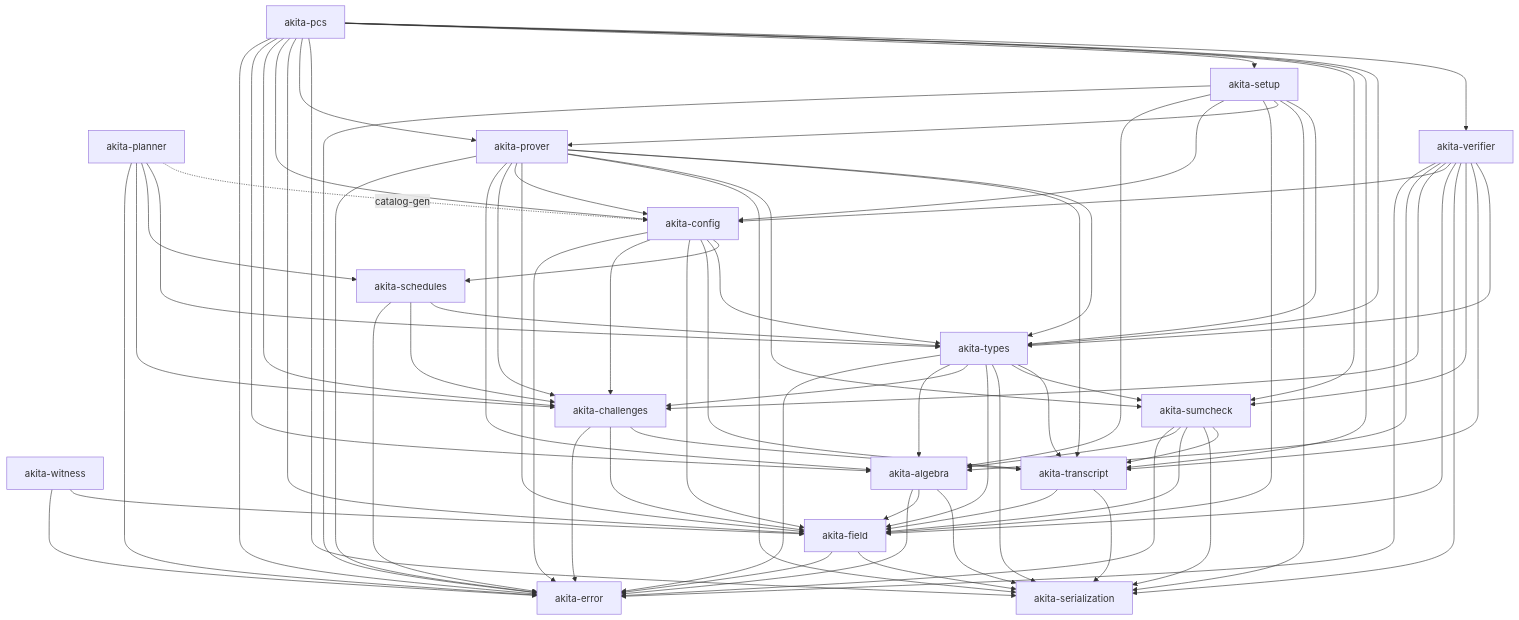
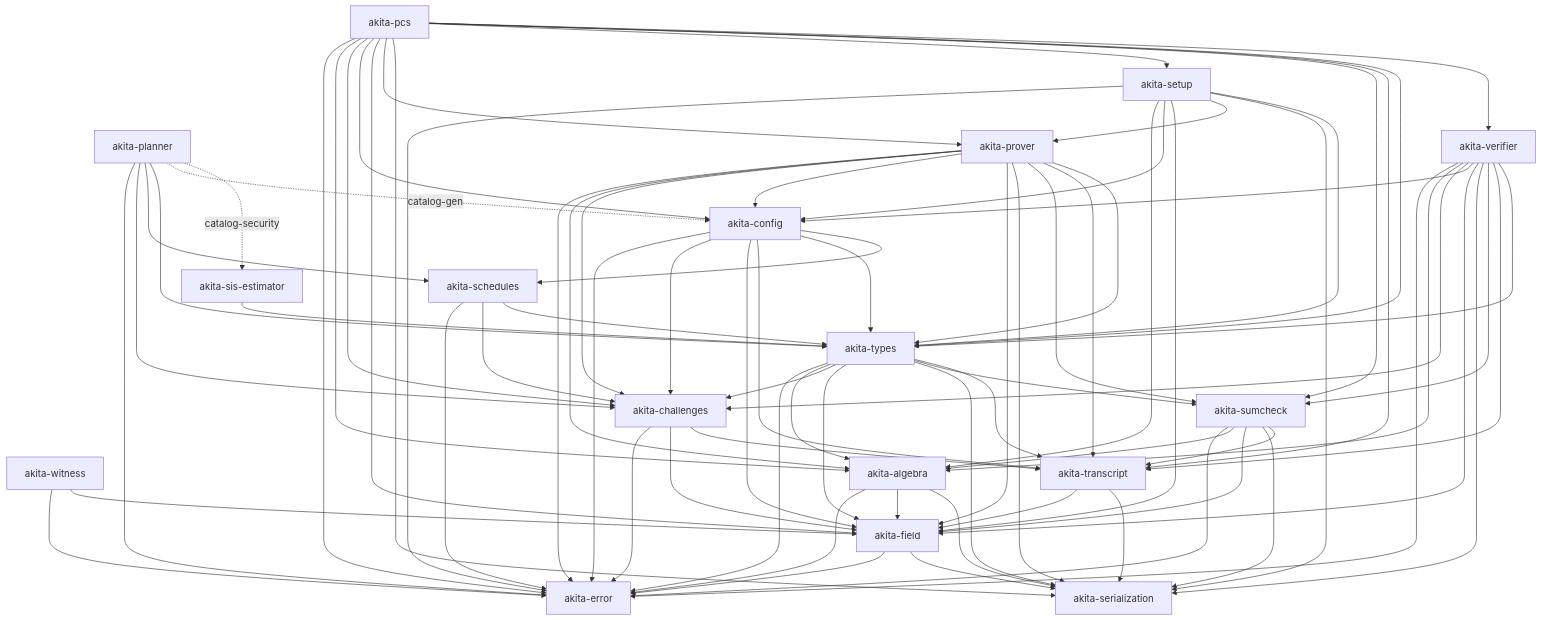
Before and after one commit to LayerZero-Labs/akita: the diagram in docs/crate-graph.md, drawn with Mermaid. The commit also changed other lines of this file and 20 other files, not shown here.

```diff
--- a/docs/crate-graph.md
+++ b/docs/crate-graph.md
@@ -43,6 +44,7 @@
   Challenges["akita-challenges"]
   Sumcheck["akita-sumcheck"]
   Types["akita-types"]
+  SisEstimator["akita-sis-estimator"]
   Planner["akita-planner"]
   Schedules["akita-schedules"]
   Config["akita-config"]
@@ -75,11 +77,13 @@
   Types --> Ser
   Types --> Sumcheck
   Types --> Transcript
+  SisEstimator --> Types
   Planner --> Error
   Planner --> Challenges
   Planner --> Schedules
   Planner --> Types
   Planner -. catalog-gen .-> Config
+  Planner -. catalog-security .-> SisEstimator
   Schedules --> Error
   Schedules --> Challenges
   Schedules --> Types
```
